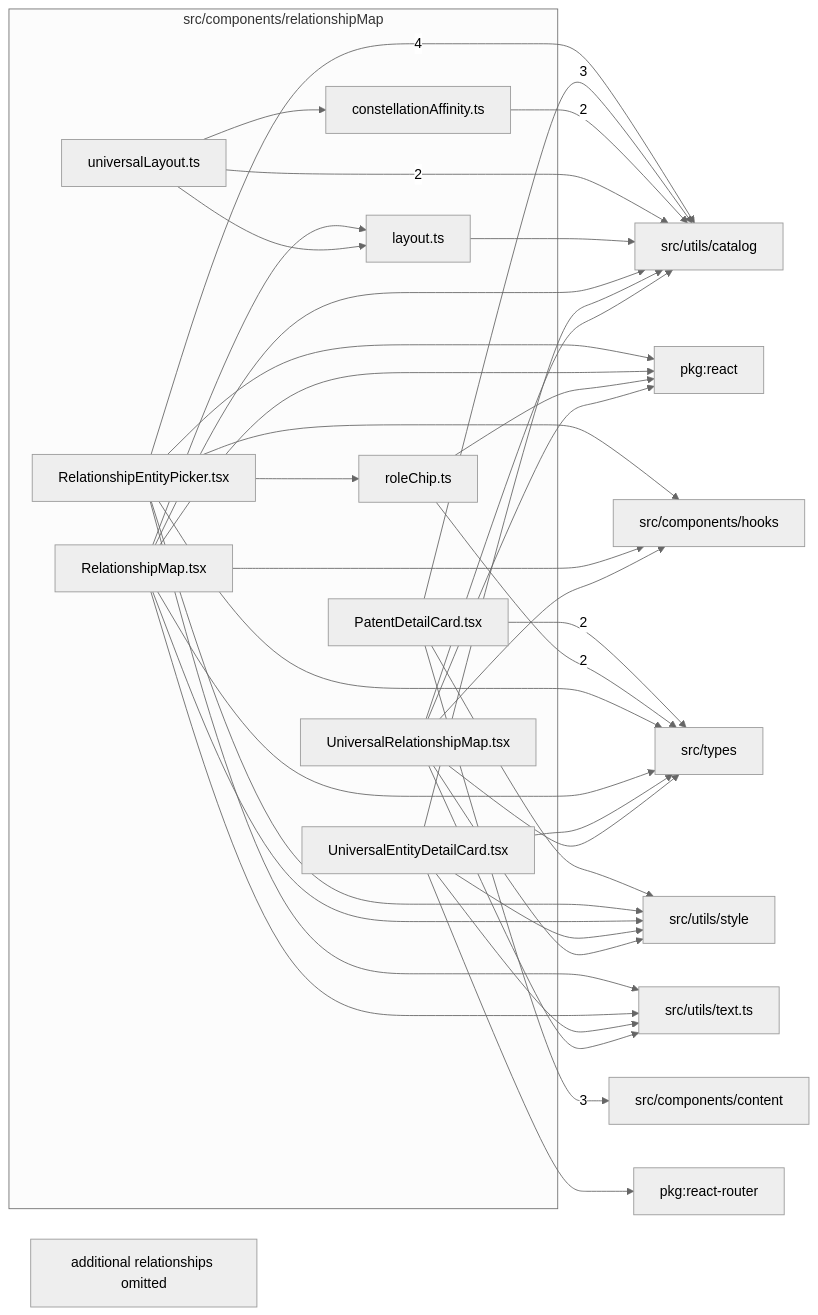
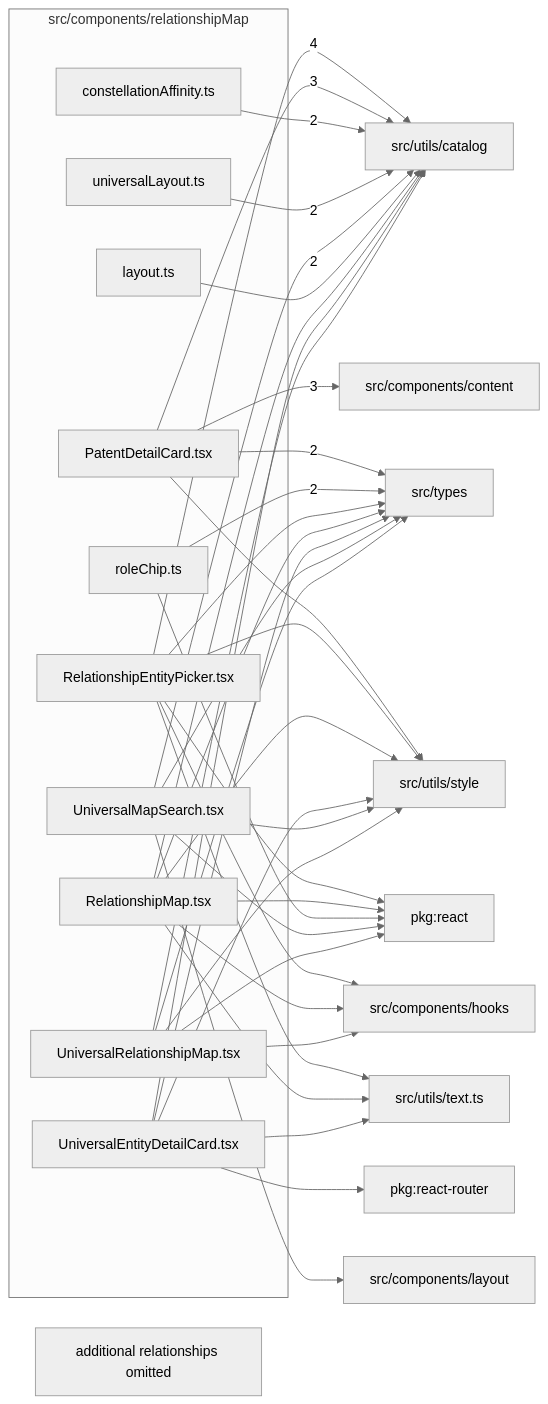
One commit to ronbuening/LensVisualizer changed the diagram in src/components/relationshipMap/readme.md. Above: the diagram before and after it, drawn with Mermaid (neutral theme). The commit also changed other lines of this file and 14 other files, not shown here.

Commit message:
Add universal relationship map search

````diff
--- a/src/components/relationshipMap/readme.md
+++ b/src/components/relationshipMap/readme.md
@@ -9,59 +9,61 @@
 ```mermaid
 flowchart LR
   subgraph n_src_components_relationshipMap["src/components/relationshipMap"]
     n_src_components_relationshipMap_src_components_relationshipMap_constellationAffinity_ts["constellationAffinity.ts"]
     n_src_components_relationshipMap_src_components_relationshipMap_layout_ts["layout.ts"]
     n_src_components_relationshipMap_src_components_relationshipMap_PatentDetailCard_tsx["PatentDetailCard.tsx"]
     n_src_components_relationshipMap_src_components_relationshipMap_RelationshipEntityPicker_tsx["RelationshipEntityPicker.tsx"]
     n_src_components_relationshipMap_src_components_relationshipMap_RelationshipMap_tsx["RelationshipMap.tsx"]
     n_src_components_relationshipMap_src_components_relationshipMap_roleChip_ts["roleChip.ts"]
     n_src_components_relationshipMap_src_components_relationshipMap_UniversalEntityDetailCard_tsx["UniversalEntityDetailCard.tsx"]
     n_src_components_relationshipMap_src_components_relationshipMap_universalLayout_ts["universalLayout.ts"]
+    n_src_components_relationshipMap_src_components_relationshipMap_UniversalMapSearch_tsx["UniversalMapSearch.tsx"]
     n_src_components_relationshipMap_src_components_relationshipMap_UniversalRelationshipMap_tsx["UniversalRelationshipMap.tsx"]
   end
   n_external_src_utils_catalog["src/utils/catalog"]
   n_external_src_components_content["src/components/content"]
   n_external_src_types["src/types"]
   n_external_pkg_react["pkg:react"]
   n_external_pkg_react_router["pkg:react-router"]
   n_external_src_components_hooks["src/components/hooks"]
+  n_external_src_components_layout["src/components/layout"]
   n_external_src_utils_style["src/utils/style"]
   n_external_src_utils_text_ts["src/utils/text.ts"]
   n_src_components_relationshipMap_src_components_relationshipMap_RelationshipEntityPicker_tsx --> |4| n_external_src_utils_catalog
   n_src_components_relationshipMap_src_components_relationshipMap_PatentDetailCard_tsx --> |3| n_external_src_components_content
   n_src_components_relationshipMap_src_components_relationshipMap_PatentDetailCard_tsx --> |3| n_external_src_utils_catalog
   n_src_components_relationshipMap_src_components_relationshipMap_PatentDetailCard_tsx --> |2| n_external_src_types
   n_src_components_relationshipMap_src_components_relationshipMap_roleChip_ts --> |2| n_external_src_types
   n_src_components_relationshipMap_src_components_relationshipMap_constellationAffinity_ts --> |2| n_external_src_utils_catalog
   n_src_components_relationshipMap_src_components_relationshipMap_universalLayout_ts --> |2| n_external_src_utils_catalog
+  n_src_components_relationshipMap_src_components_relationshipMap_UniversalMapSearch_tsx --> |2| n_external_src_utils_catalog
   n_src_components_relationshipMap_src_components_relationshipMap_RelationshipEntityPicker_tsx --> n_external_pkg_react
   n_src_components_relationshipMap_src_components_relationshipMap_RelationshipMap_tsx --> n_external_pkg_react
   n_src_components_relationshipMap_src_components_relationshipMap_roleChip_ts --> n_external_pkg_react
+  n_src_components_relationshipMap_src_components_relationshipMap_UniversalMapSearch_tsx --> n_external_pkg_react
   n_src_components_relationshipMap_src_components_relationshipMap_UniversalRelationshipMap_tsx --> n_external_pkg_react
   n_src_components_relationshipMap_src_components_relationshipMap_UniversalEntityDetailCard_tsx --> n_external_pkg_react_router
   n_src_components_relationshipMap_src_components_relationshipMap_RelationshipEntityPicker_tsx --> n_external_src_components_hooks
   n_src_components_relationshipMap_src_components_relationshipMap_RelationshipMap_tsx --> n_external_src_components_hooks
   n_src_components_relationshipMap_src_components_relationshipMap_UniversalRelationshipMap_tsx --> n_external_src_components_hooks
+  n_src_components_relationshipMap_src_components_relationshipMap_UniversalMapSearch_tsx --> n_external_src_components_layout
   n_src_components_relationshipMap_src_components_relationshipMap_RelationshipEntityPicker_tsx --> n_external_src_types
   n_src_components_relationshipMap_src_components_relationshipMap_RelationshipMap_tsx --> n_external_src_types
   n_src_components_relationshipMap_src_components_relationshipMap_UniversalEntityDetailCard_tsx --> n_external_src_types
+  n_src_components_relationshipMap_src_components_relationshipMap_UniversalMapSearch_tsx --> n_external_src_types
   n_src_components_relationshipMap_src_components_relationshipMap_UniversalRelationshipMap_tsx --> n_external_src_types
   n_src_components_relationshipMap_src_components_relationshipMap_layout_ts --> n_external_src_utils_catalog
   n_src_components_relationshipMap_src_components_relationshipMap_RelationshipMap_tsx --> n_external_src_utils_catalog
   n_src_components_relationshipMap_src_components_relationshipMap_UniversalEntityDetailCard_tsx --> n_external_src_utils_catalog
   n_src_components_relationshipMap_src_components_relationshipMap_UniversalRelationshipMap_tsx --> n_external_src_utils_catalog
   n_src_components_relationshipMap_src_components_relationshipMap_PatentDetailCard_tsx --> n_external_src_utils_style
   n_src_components_relationshipMap_src_components_relationshipMap_RelationshipEntityPicker_tsx --> n_external_src_utils_style
   n_src_components_relationshipMap_src_components_relationshipMap_RelationshipMap_tsx --> n_external_src_utils_style
   n_src_components_relationshipMap_src_components_relationshipMap_UniversalEntityDetailCard_tsx --> n_external_src_utils_style
+  n_src_components_relationshipMap_src_components_relationshipMap_UniversalMapSearch_tsx --> n_external_src_utils_style
   n_src_components_relationshipMap_src_components_relationshipMap_UniversalRelationshipMap_tsx --> n_external_src_utils_style
   n_src_components_relationshipMap_src_components_relationshipMap_RelationshipEntityPicker_tsx --> n_external_src_utils_text_ts
   n_src_components_relationshipMap_src_components_relationshipMap_RelationshipMap_tsx --> n_external_src_utils_text_ts
   n_src_components_relationshipMap_src_components_relationshipMap_UniversalEntityDetailCard_tsx --> n_external_src_utils_text_ts
-  n_src_components_relationshipMap_src_components_relationshipMap_UniversalRelationshipMap_tsx --> n_external_src_utils_text_ts
-  n_src_components_relationshipMap_src_components_relationshipMap_universalLayout_ts --> n_src_components_relationshipMap_src_components_relationshipMap_constellationAffinity_ts
-  n_src_components_relationshipMap_src_components_relationshipMap_RelationshipMap_tsx --> n_src_components_relationshipMap_src_components_relationshipMap_layout_ts
-  n_src_components_relationshipMap_src_components_relationshipMap_universalLayout_ts --> n_src_components_relationshipMap_src_components_relationshipMap_layout_ts
-  n_src_components_relationshipMap_src_components_relationshipMap_RelationshipEntityPicker_tsx --> n_src_components_relationshipMap_src_components_relationshipMap_roleChip_ts
   n_src_components_relationshipMap_truncated["additional relationships omitted"]
 ```
````
